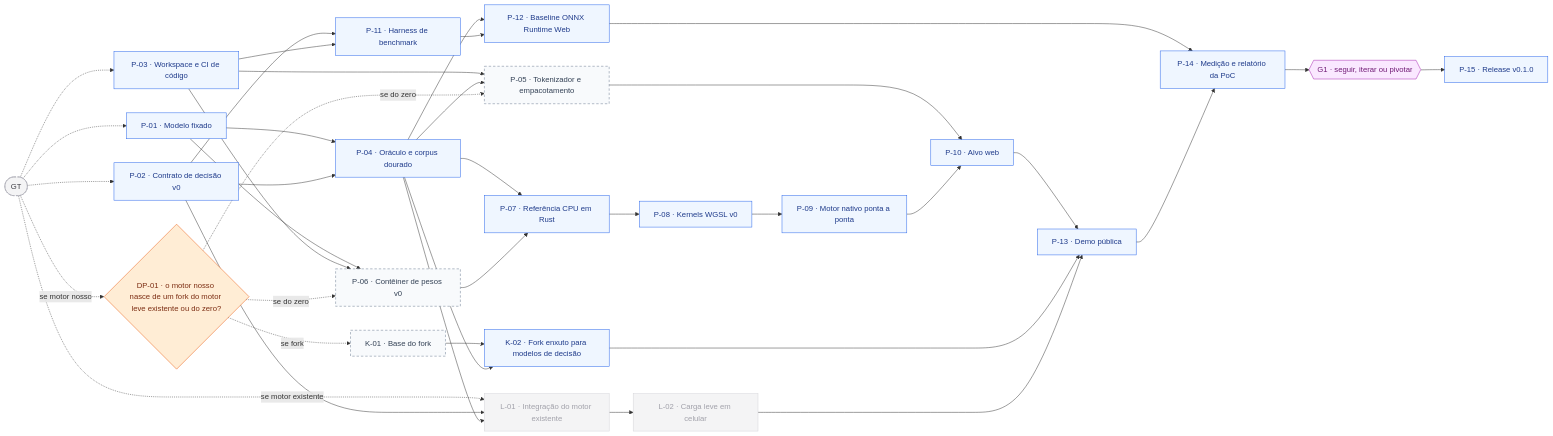
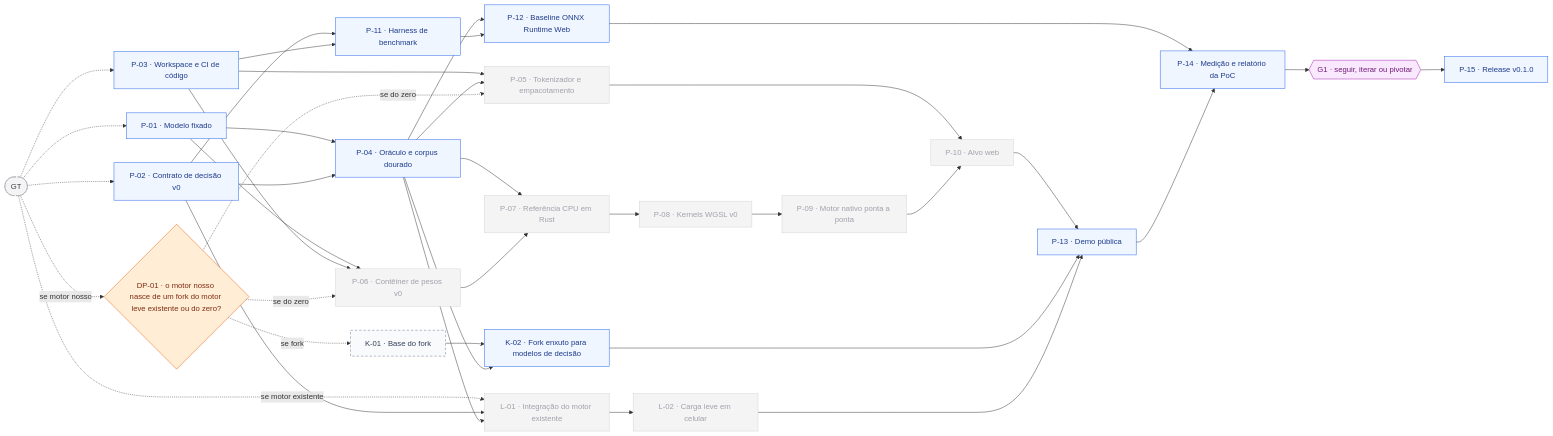
Before and after one commit to frederico-kluser/som-webcore: the fourth of 9 diagrams in ROADMAP.md, drawn with Mermaid. The commit also changed other lines of this file and 2 other files, not shown here.

First line of the commit message:
docs(adr): DP-01 — fork do motor leve existente (#19)

````diff
--- a/ROADMAP.md
+++ b/ROADMAP.md
@@ -733,69 +733,69 @@
 ```mermaid
 flowchart LR
     GT(["GT"]):::ext
     P01["P-01 · Modelo fixado"]:::todo
     P02["P-02 · Contrato de decisão v0"]:::todo
     P03["P-03 · Workspace e CI de código"]:::todo
     DP01{"DP-01 · o motor nosso nasce de um fork do motor leve existente ou do zero?"}:::fork
     P04["P-04 · Oráculo e corpus dourado"]:::todo
     P11["P-11 · Harness de benchmark"]:::todo
-    P06["P-06 · Contêiner de pesos v0"]:::opt
+    P06["P-06 · Contêiner de pesos v0"]:::off
     K01["K-01 · Base do fork"]:::opt
-    P05["P-05 · Tokenizador e empacotamento"]:::opt
+    P05["P-05 · Tokenizador e empacotamento"]:::off
     L01["L-01 · Integração do motor existente"]:::off
     P12["P-12 · Baseline ONNX Runtime Web"]:::todo
-    P07["P-07 · Referência CPU em Rust"]:::todo
+    P07["P-07 · Referência CPU em Rust"]:::off
     K02["K-02 · Fork enxuto para modelos de decisão"]:::todo
     L02["L-02 · Carga leve em celular"]:::off
-    P08["P-08 · Kernels WGSL v0"]:::todo
-    P09["P-09 · Motor nativo ponta a ponta"]:::todo
-    P10["P-10 · Alvo web"]:::todo
+    P08["P-08 · Kernels WGSL v0"]:::off
+    P09["P-09 · Motor nativo ponta a ponta"]:::off
+    P10["P-10 · Alvo web"]:::off
     P13["P-13 · Demo pública"]:::todo
     P14["P-14 · Medição e relatório da PoC"]:::todo
     G1{{"G1 · seguir, iterar ou pivotar"}}:::gate
     P15["P-15 · Release v0.1.0"]:::todo
     GT -.-> P01
     GT -.-> P02
     GT -.-> P03
     GT -.->|"se motor nosso"| DP01
     P01 --> P04
     P02 --> P04
     P02 --> P11
     P03 --> P11
     P01 --> P06
     P03 --> P06
     DP01 -.->|"se do zero"| P06
     DP01 -.->|"se fork"| K01
     P03 --> P05
     P04 --> P05
     DP01 -.->|"se do zero"| P05
     GT -.->|"se motor existente"| L01
     P02 --> L01
     P04 --> L01
     P04 --> P12
     P11 --> P12
     P04 --> P07
     P06 --> P07
     K01 --> K02
     P04 --> K02
     L01 --> L02
     P07 --> P08
     P08 --> P09
     P05 --> P10
     P09 --> P10
     P10 --> P13
     K02 --> P13
     L02 --> P13
     P12 --> P14
     P13 --> P14
     P14 --> G1
     G1 --> P15
     classDef done fill:#dcfce7,stroke:#16a34a,color:#14532d;
     classDef doing fill:#fef9c3,stroke:#ca8a04,color:#713f12;
     classDef todo fill:#eff6ff,stroke:#2563eb,color:#1e3a8a;
     classDef gate fill:#fae8ff,stroke:#a21caf,color:#701a75;
     classDef fork fill:#ffedd5,stroke:#ea580c,color:#7c2d12;
     classDef opt fill:#f8fafc,stroke:#64748b,color:#334155,stroke-dasharray: 5 4;
     classDef off fill:#f4f4f5,stroke:#d4d4d8,color:#a1a1aa;
     classDef ext fill:#f4f4f5,stroke:#a1a1aa,color:#3f3f46,stroke-dasharray: 4 3;
 ```
````
